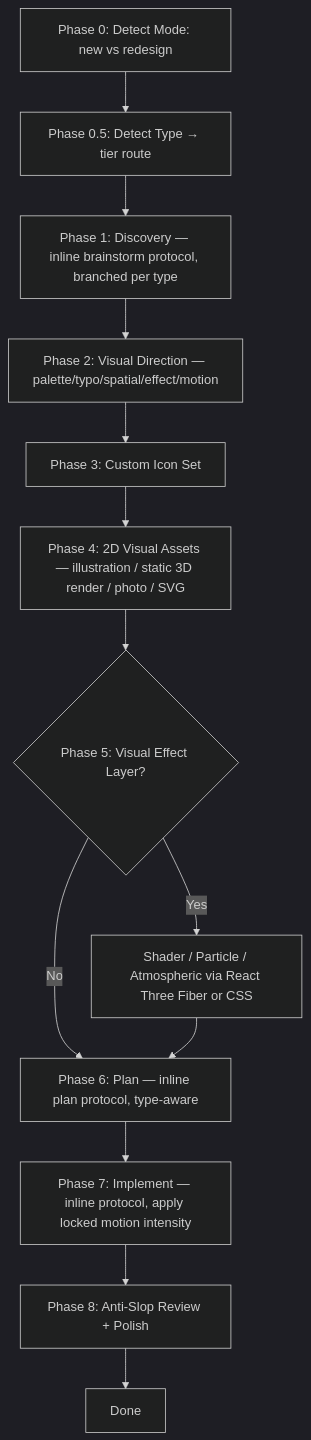
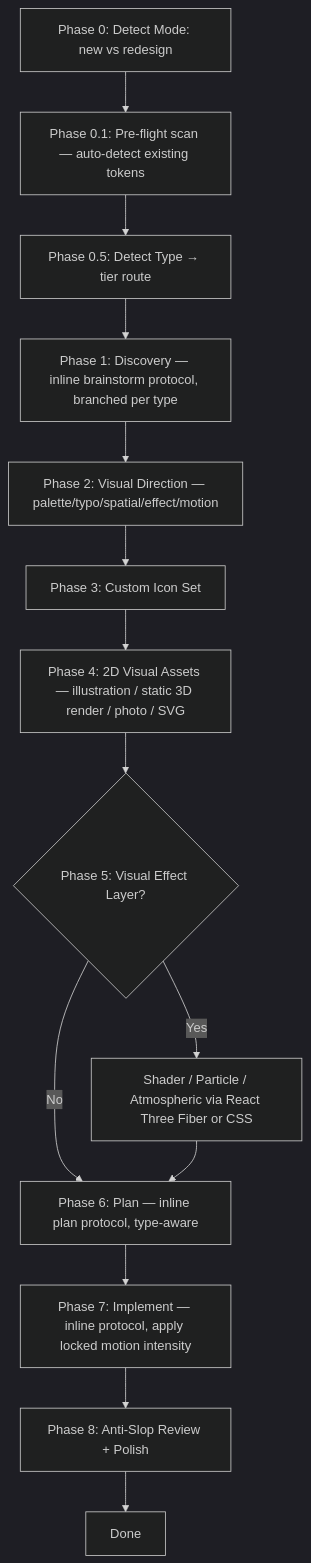
Before and after one commit to dris1153/perfect-ui: the diagram in SKILL.md, drawn with Mermaid (dark theme). The commit also changed other lines of this file and 17 other files, not shown here.

````diff
--- a/SKILL.md
+++ b/SKILL.md
@@ -63,15 +63,16 @@
 ```mermaid
 flowchart TD
-    M[Phase 0: Detect Mode: new vs redesign] --> T[Phase 0.5: Detect Type → tier route]
+    M[Phase 0: Detect Mode: new vs redesign] --> P[Phase 0.1: Pre-flight scan — auto-detect existing tokens]
+    P --> T[Phase 0.5: Detect Type → tier route]
     T --> B[Phase 1: Discovery — inline brainstorm protocol, branched per type]
     B --> C[Phase 2: Visual Direction — palette/typo/spatial/effect/motion]
     C --> D[Phase 3: Custom Icon Set]
     D --> E[Phase 4: 2D Visual Assets — illustration / static 3D render / photo / SVG]
     E --> F{Phase 5: Visual Effect Layer?}
     F -->|Yes| G[Shader / Particle / Atmospheric via React Three Fiber or CSS]
     F -->|No| H[Phase 6: Plan — inline plan protocol, type-aware]
     G --> H
     H --> I[Phase 7: Implement — inline protocol, apply locked motion intensity]
     I --> J[Phase 8: Anti-Slop Review + Polish]
     J --> K[Done]
 ```
````
